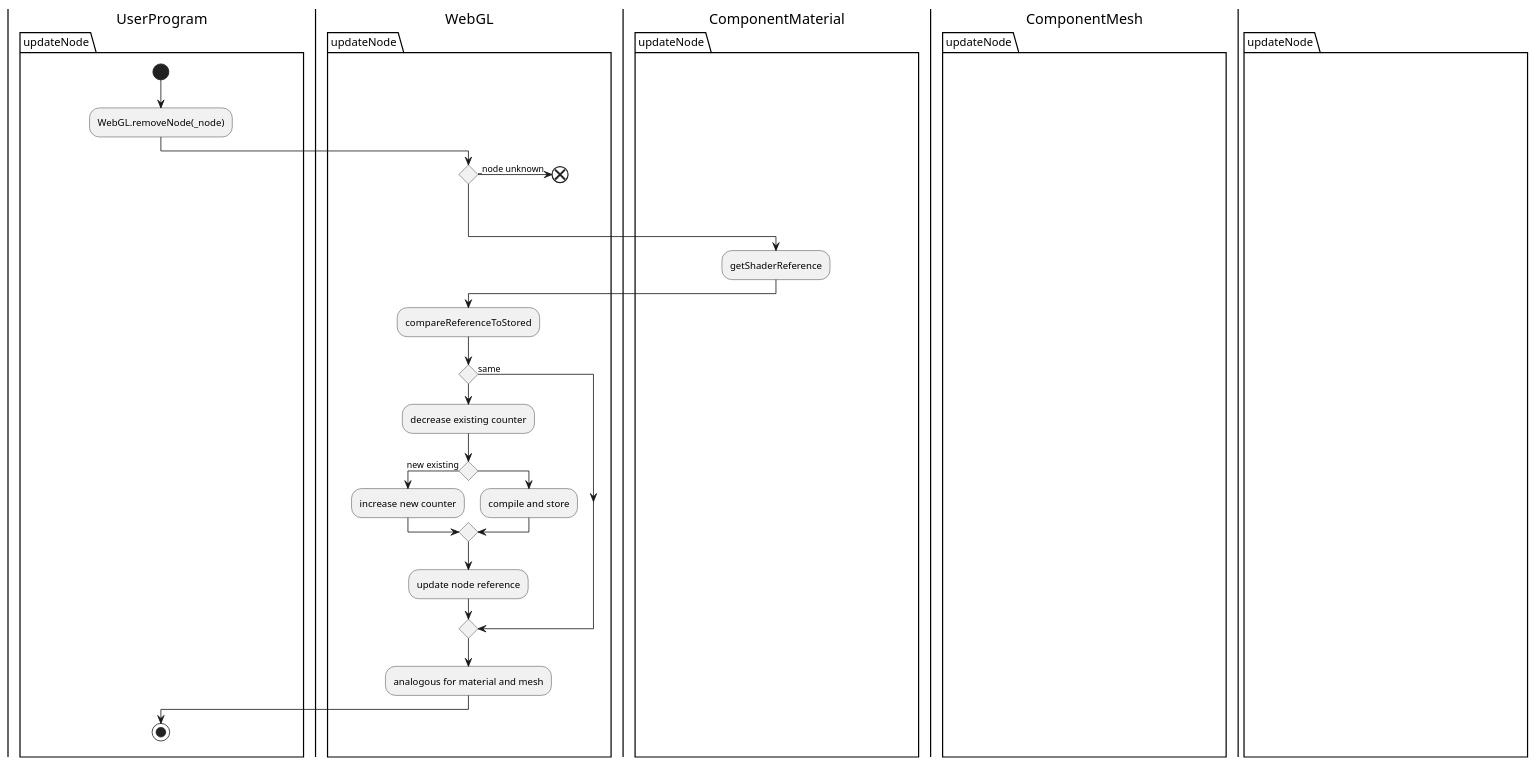
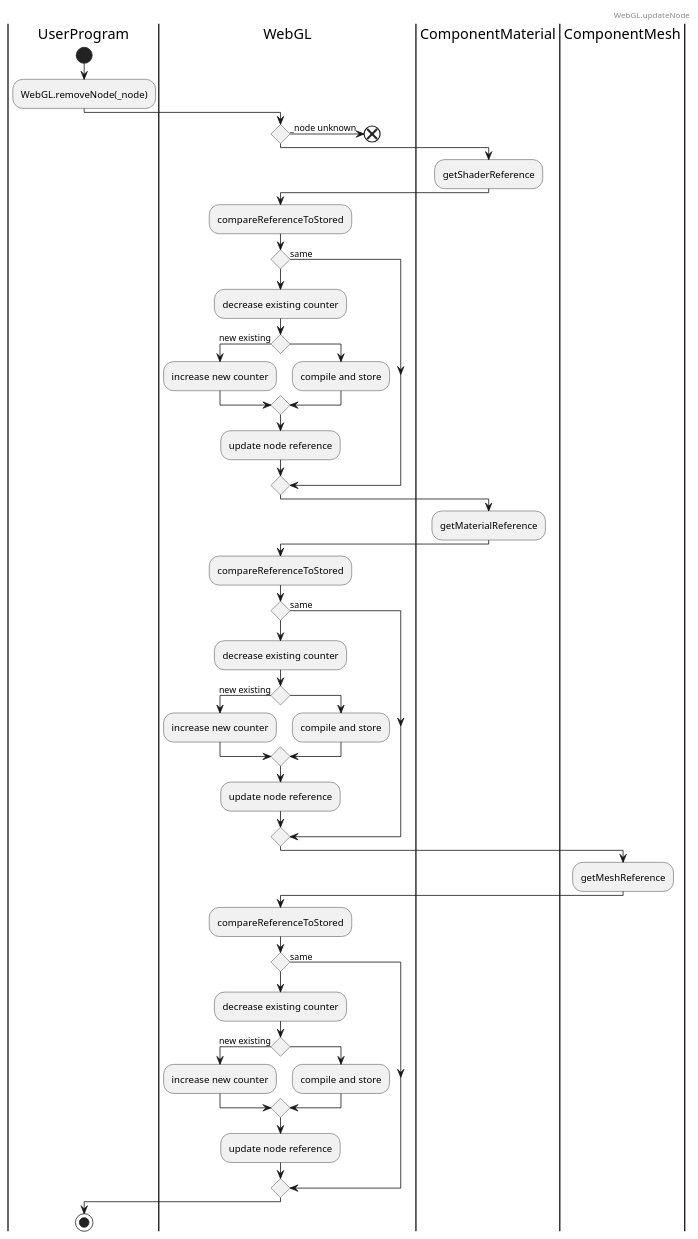
Before and after one commit to JirkaDellOro/FUDGE: the third of 3 diagrams in Design/WebGL_Proposal_Node-Processing.puml, drawn with PlantUML. The commit also changed other lines of this file, not shown here.

Commit message:
headlines and updateNode complete

```diff
--- a/Design/WebGL_Proposal_Node-Processing.puml
+++ b/Design/WebGL_Proposal_Node-Processing.puml
@@ -112,34 +116,62 @@
 @startuml WebGL.updateNode
+header 
+WebGL.updateNode
+endheader
 |UserProgram|
 '|Viewport|
 |WebGL|
 '|Node|
 |ComponentMaterial|
 |ComponentMesh|
-package updateNode {
-    |UserProgram|
-    start
-    :WebGL.removeNode(_node);
-    |WebGL|
-    if () then (_node unknown)
-        end
+|UserProgram|
+start
+:WebGL.removeNode(_node);
+|WebGL|
+if () then (_node unknown)
+    end
+endif
+|ComponentMaterial|
+:getShaderReference;
+|WebGL|
+:compareReferenceToStored;
+if () then (same)
+else ()
+    :decrease existing counter;
+    if () then (new existing)
+        :increase new counter;
+    else
+        :compile and store;
     endif
-    |ComponentMaterial|
-    :getShaderReference;
-    |WebGL|
-    :compareReferenceToStored;
-    if () then (same)
-    else ()
-        :decrease existing counter;
-        if () then (new existing)
-            :increase new counter;
-        else
-            :compile and store;
-        endif
-        :update node reference;
+    :update node reference;
+endif
+|ComponentMaterial|
+:getMaterialReference;
+|WebGL|
+:compareReferenceToStored;
+if () then (same)
+else ()
+    :decrease existing counter;
+    if () then (new existing)
+        :increase new counter;
+    else
+        :compile and store;
     endif
-    :analogous for material and mesh;
-    |UserProgram|
-    stop
-}
+    :update node reference;
+endif
+|ComponentMesh|
+:getMeshReference;
+|WebGL|
+:compareReferenceToStored;
+if () then (same)
+else ()
+    :decrease existing counter;
+    if () then (new existing)
+        :increase new counter;
+    else
+        :compile and store;
+    endif
+    :update node reference;
+endif
+|UserProgram|
+stop
 @enduml
```
